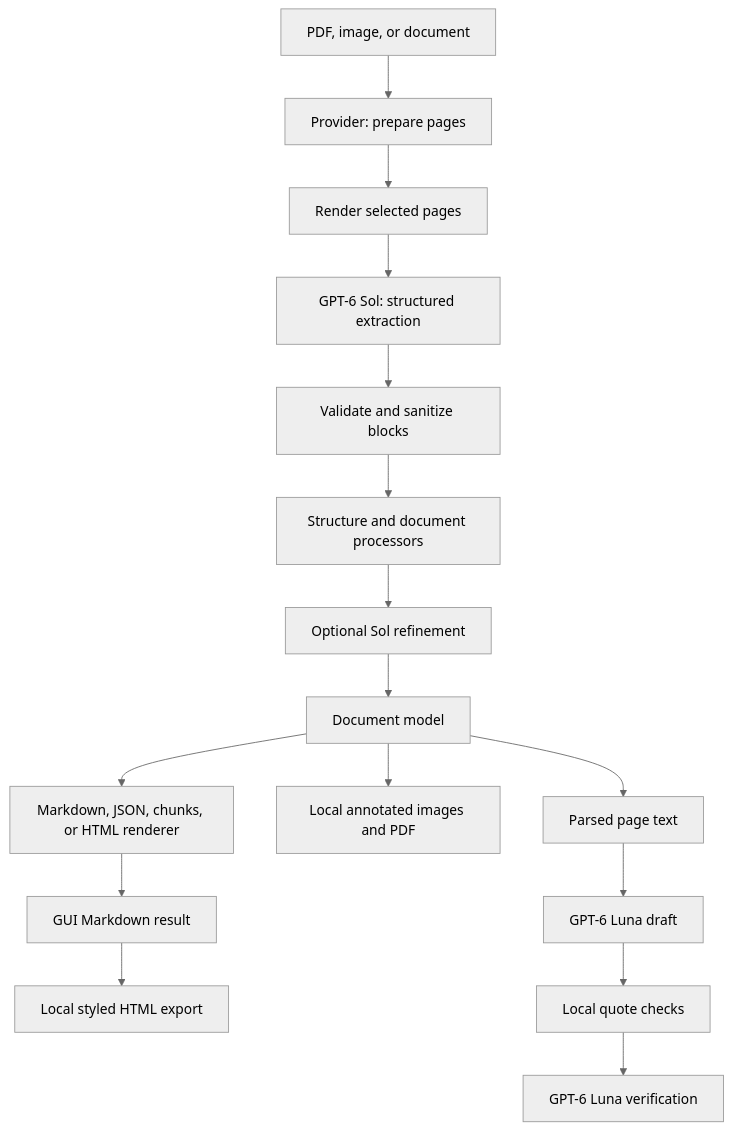
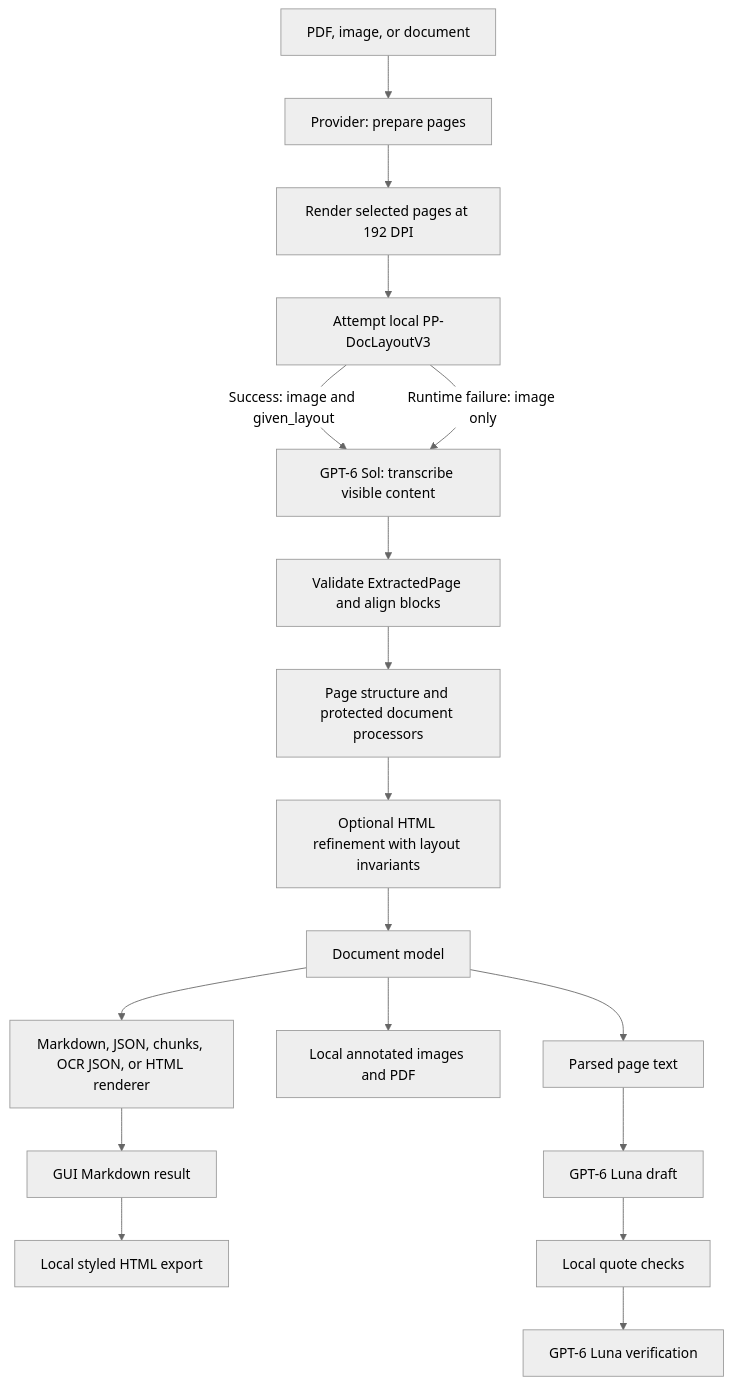
Before and after one commit to pypi-ahmad/DocLayout: the diagram in docs/architecture.md, drawn with Mermaid (neutral theme). The commit also changed other lines of this file and 10 other files, not shown here.

Commit message:
docs: explain layout workflow and extraction limits

````diff
--- a/docs/architecture.md
+++ b/docs/architecture.md
@@ -7,18 +7,20 @@
 ```mermaid
 flowchart TD
     A[PDF, image, or document] --> B[Provider: prepare pages]
-    B --> C[Render selected pages]
-    C --> D[GPT-6 Sol: structured extraction]
-    D --> E[Validate and sanitize blocks]
-    E --> F[Structure and document processors]
-    F --> G[Optional Sol refinement]
+    B --> C[Render selected pages at 192 DPI]
+    C --> V[Attempt local PP-DocLayoutV3]
+    V -->|Success: image and given_layout| D[GPT-6 Sol: transcribe visible content]
+    V -->|Runtime failure: image only| D
+    D --> E[Validate ExtractedPage and align blocks]
+    E --> F[Page structure and protected document processors]
+    F --> G[Optional HTML refinement with layout invariants]
     G --> H[Document model]
-    H --> I[Markdown, JSON, chunks, or HTML renderer]
+    H --> I[Markdown, JSON, chunks, OCR JSON, or HTML renderer]
     I --> J[GUI Markdown result]
     J --> K[Local styled HTML export]
     H --> L[Local annotated images and PDF]
     H --> M[Parsed page text]
     M --> N[GPT-6 Luna draft]
     N --> O[Local quote checks]
     O --> P[GPT-6 Luna verification]
 ```
````
